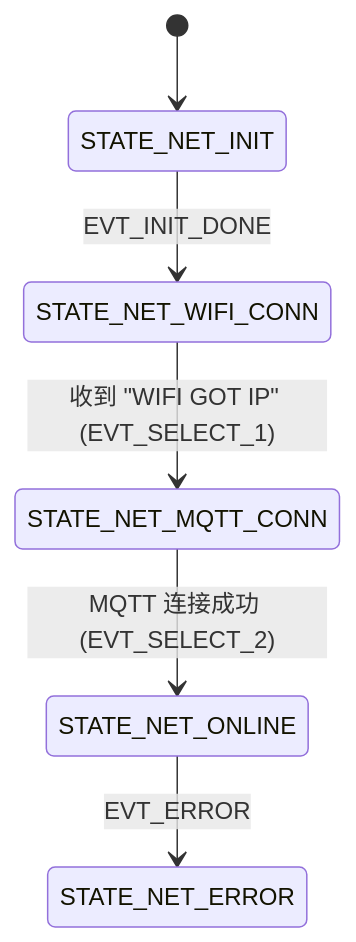
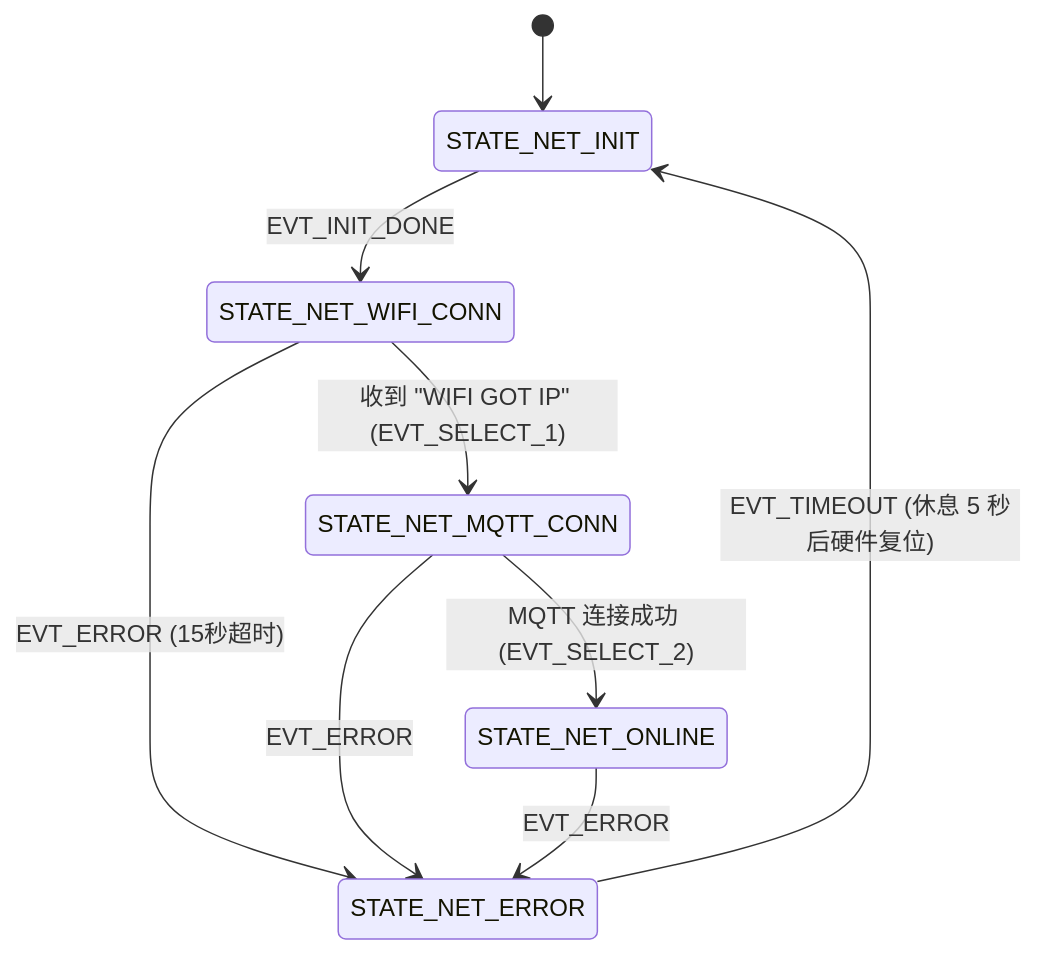
Before and after one commit to 2396344866/STM32-Robot: the fourth of 6 diagrams in MD/FSM.md, drawn with Mermaid. The commit also changed other lines of this file and 77 other files, not shown here.

````diff
--- a/MD/FSM.md
+++ b/MD/FSM.md
@@ -360,8 +386,11 @@
 ```mermaid
 stateDiagram-v2
     [*] --> STATE_NET_INIT
     STATE_NET_INIT --> STATE_NET_WIFI_CONN : EVT_INIT_DONE
     STATE_NET_WIFI_CONN --> STATE_NET_MQTT_CONN : 收到 "WIFI GOT IP" (EVT_SELECT_1)
     STATE_NET_MQTT_CONN --> STATE_NET_ONLINE : MQTT 连接成功 (EVT_SELECT_2)
+    STATE_NET_WIFI_CONN --> STATE_NET_ERROR : EVT_ERROR (15秒超时)
+    STATE_NET_MQTT_CONN --> STATE_NET_ERROR : EVT_ERROR
     STATE_NET_ONLINE --> STATE_NET_ERROR : EVT_ERROR
+    STATE_NET_ERROR --> STATE_NET_INIT : EVT_TIMEOUT (休息 5 秒后硬件复位)
 ```
````
